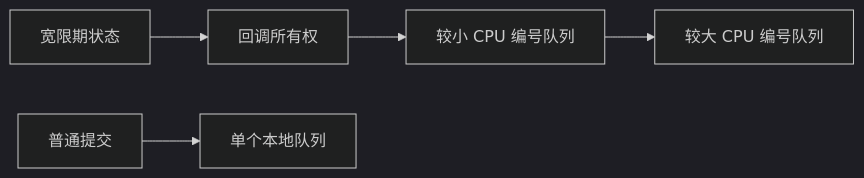
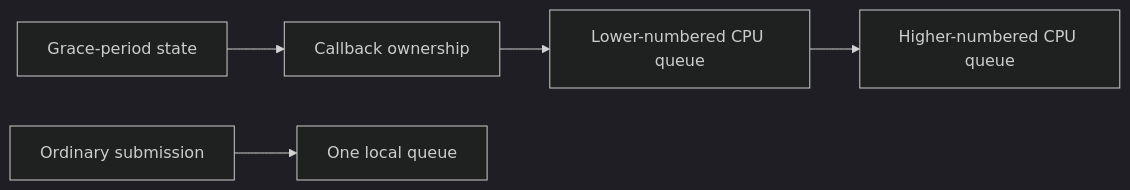
One commit to DragonOS-Community/DragonOS changed the eighth of 8 diagrams in docs/kernel/rcu/segmented-callback-queues.md. Above: the diagram before and after it, drawn with Mermaid (dark theme). The commit also changed other lines of this file and 2058 other files, not shown here.

````diff
--- a/docs/kernel/rcu/segmented-callback-queues.md
+++ b/docs/kernel/rcu/segmented-callback-queues.md
@@ -248,8 +248,8 @@
 ```mermaid
 flowchart LR
-    GP[宽限期状态] --> Ownership[回调所有权]
-    Ownership --> Q0[较小 CPU 编号队列]
-    Q0 --> Q1[较大 CPU 编号队列]
+    GP[Grace-period state] --> Ownership[Callback ownership]
+    Ownership --> Q0[Lower-numbered CPU queue]
+    Q0 --> Q1[Higher-numbered CPU queue]
 
-    Submit[普通提交] --> Local[单个本地队列]
+    Submit[Ordinary submission] --> Local[One local queue]
 ```
````
